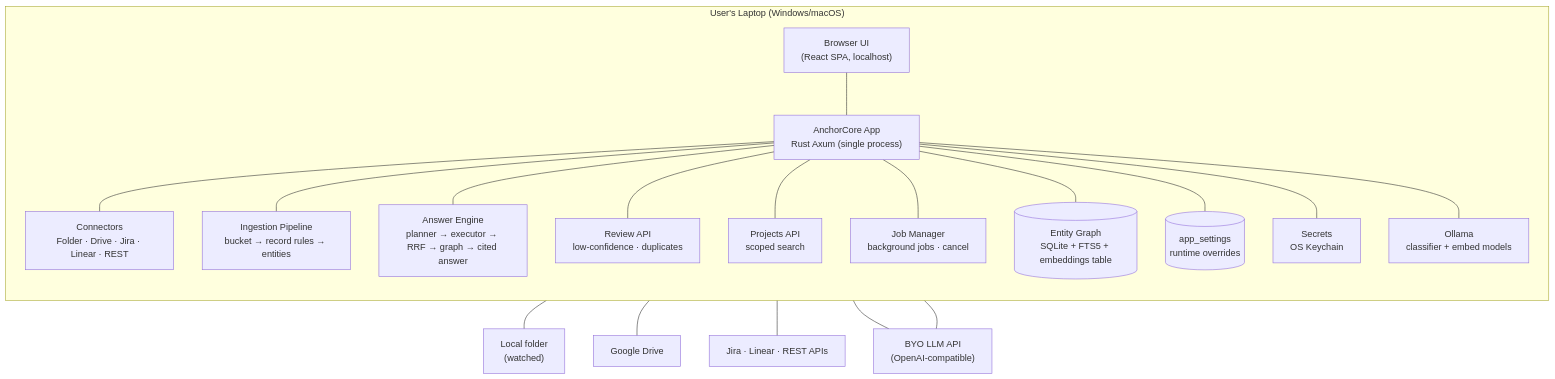
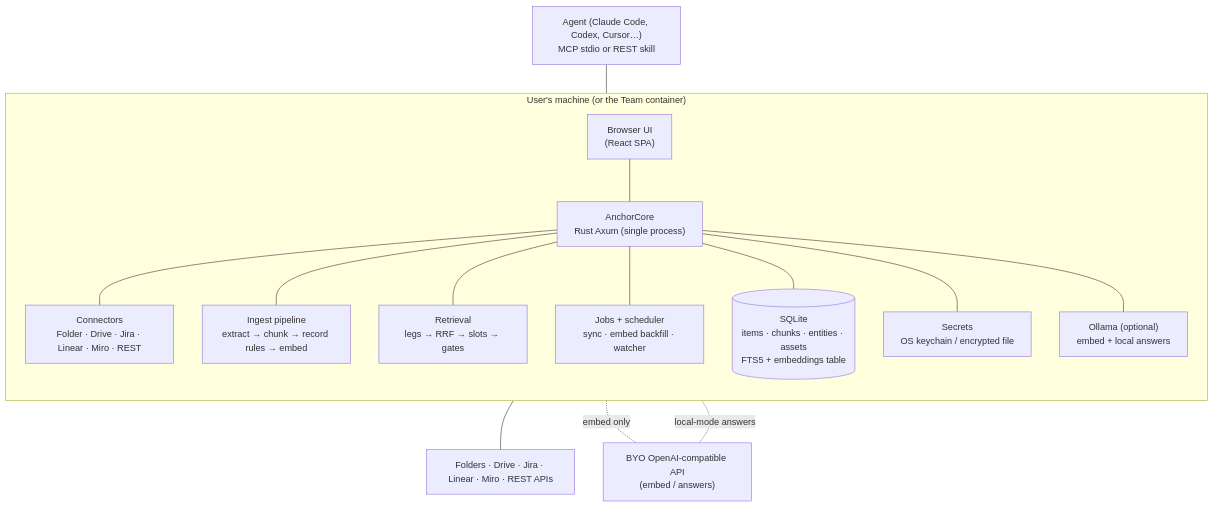
Before and after one commit to Atsirkunov/anchorcore: the first of 3 diagrams in docs/architecture.md, drawn with Mermaid. The commit also changed other lines of this file and 39 other files, not shown here.

````diff
--- a/docs/architecture.md
+++ b/docs/architecture.md
@@ -21,34 +24,28 @@
 ```mermaid
 flowchart TB
-    subgraph laptop["User's Laptop (Windows/macOS)"]
+    subgraph host["User's machine (or the Team container)"]
         direction TB
-        browser["Browser UI<br/>(React SPA, localhost)"]
-        api["AnchorCore App<br/>Rust Axum (single process)"]
-        api --- connectors["Connectors<br/>Folder · Drive · Jira · Linear · REST"]
-        api --- pipeline["Ingestion Pipeline<br/>bucket → record rules → entities"]
-        api --- rag["Answer Engine<br/>planner → executor → RRF → graph → cited answer"]
-        api --- review["Review API<br/>low-confidence · duplicates"]
-        api --- projects["Projects API<br/>scoped search"]
-        api --- jobs["Job Manager<br/>background jobs · cancel"]
-        db[("Entity Graph<br/>SQLite + FTS5 + embeddings table")]
-        settings[("app_settings<br/>runtime overrides")]
-        secrets["Secrets<br/>OS Keychain"]
+        browser["Browser UI<br/>(React SPA)"]
+        api["AnchorCore<br/>Rust Axum (single process)"]
+        api --- connectors["Connectors<br/>Folder · Drive · Jira · Linear · Miro · REST"]
+        api --- pipeline["Ingest pipeline<br/>extract → chunk → record rules → embed"]
+        api --- rag["Retrieval<br/>legs → RRF → slots → gates"]
+        api --- jobs["Jobs + scheduler<br/>sync · embed backfill · watcher"]
+        db[("SQLite<br/>items · chunks · entities · assets<br/>FTS5 + embeddings table")]
+        secrets["Secrets<br/>OS keychain / encrypted file"]
         api --- db
-        api --- settings
         api --- secrets
         browser --- api
-        ollama["Ollama<br/>classifier + embed models"]
+        ollama["Ollama (optional)<br/>embed + local answers"]
         api --- ollama
     end
 
-    tickets["Jira · Linear · REST APIs"]
-    drive["Google Drive"]
-    folder["Local folder<br/>(watched)"]
-    cloud["BYO LLM API<br/>(OpenAI-compatible)"]
+    agent["Agent (Claude Code, Codex, Cursor…)<br/>MCP stdio or REST skill"]
+    sources["Folders · Drive · Jira · Linear · Miro · REST APIs"]
+    cloud["BYO OpenAI-compatible API<br/>(embed / answers)"]
 
-    connectors --- folder
-    connectors --- drive
-    connectors --- tickets
-    pipeline --- cloud
-    rag --- cloud
+    agent --- api
+    connectors --- sources
+    pipeline -. "embed only" .- cloud
+    rag -. "local-mode answers" .- cloud
 ```
````
